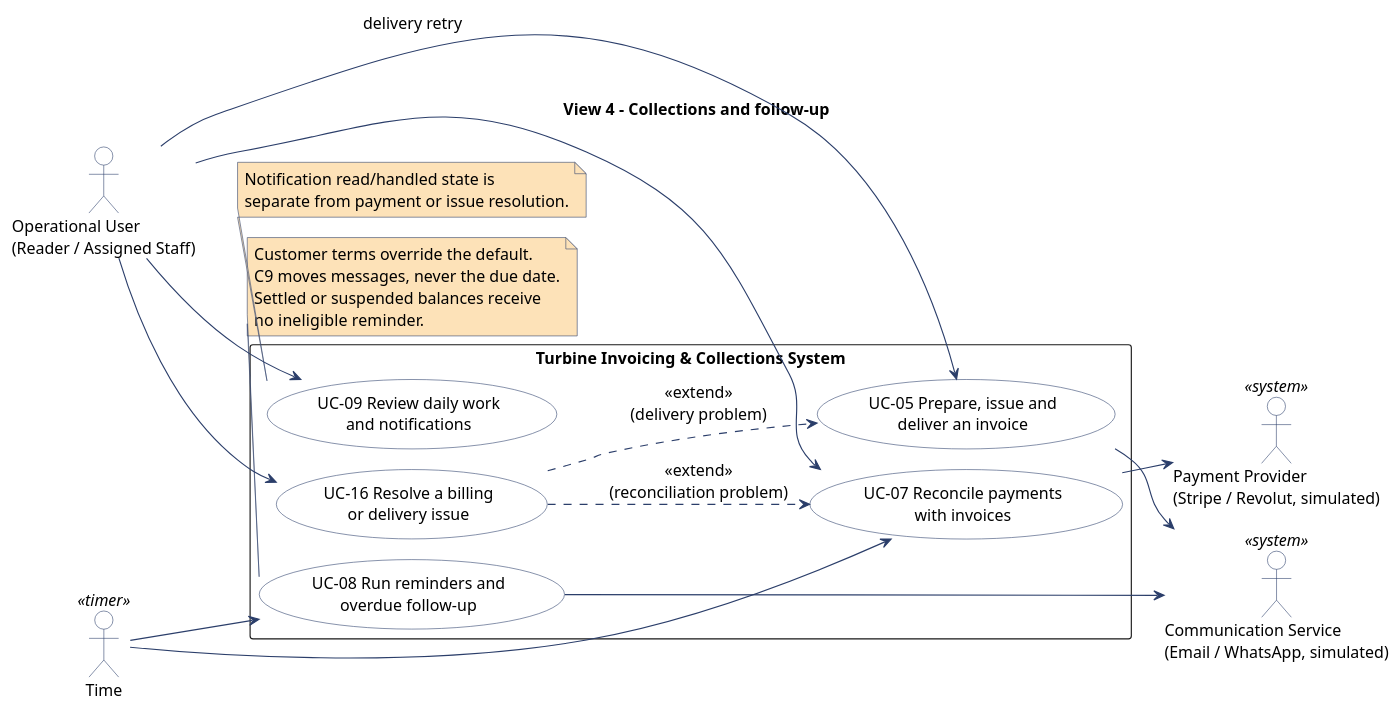
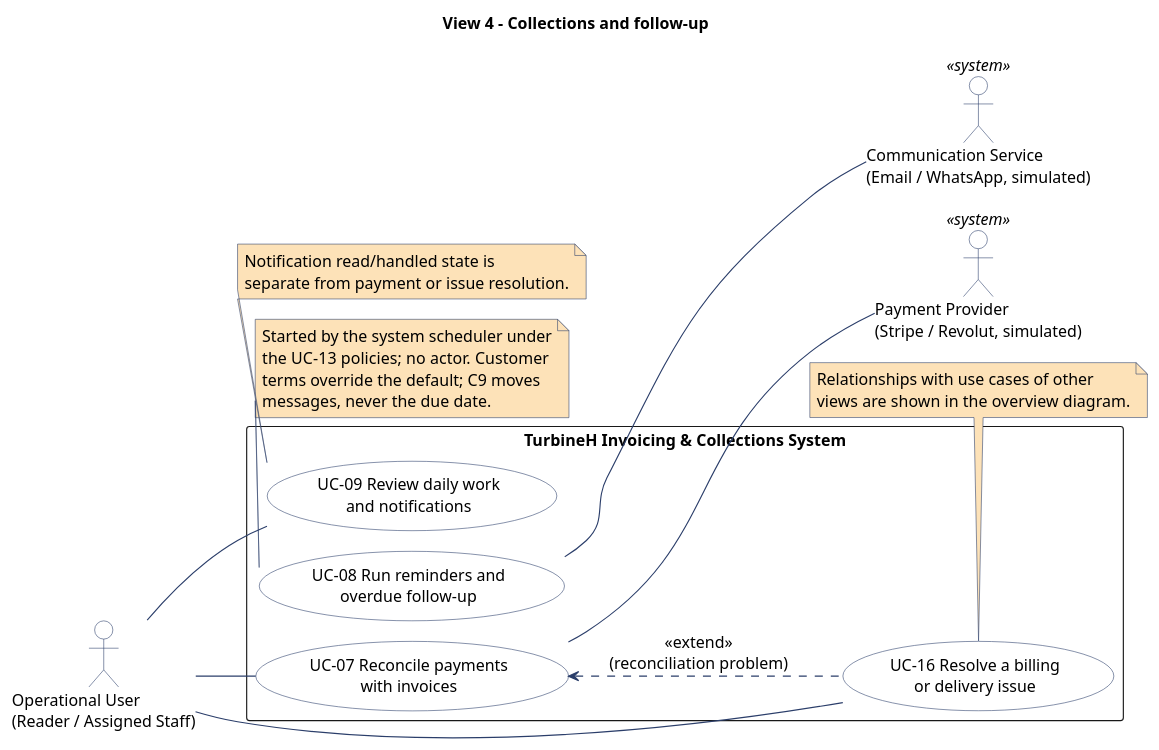
Before and after one commit to atrevete-adap/adap-project: the fifth of 5 diagrams in doc/src/use-case-diagram.pu, drawn with PlantUML. The commit also changed other lines of this file and 7 other files, not shown here.

First line of the commit message:
docs: fix use case diagram notation, add overview, remove Time actor (#33, #34, #35)

```diff
--- a/doc/src/use-case-diagram.pu
+++ b/doc/src/use-case-diagram.pu
@@ -209,65 +293,63 @@
 @startuml use-case-diagram-4-collections
 !pragma layout smetana
 left to right direction
 skinparam shadowing false
 skinparam packageStyle rectangle
 skinparam defaultFontName SansSerif
 skinparam defaultFontSize 14
 skinparam backgroundColor #FFFFFF
 skinparam usecase {
   BackgroundColor #FFFFFF
   BorderColor #2B3E6A
   FontColor #000000
 }
 skinparam actor {
   BackgroundColor #FFFFFF
   BorderColor #2B3E6A
   FontColor #000000
 }
 skinparam note {
   BackgroundColor #FDE2B8
   BorderColor #2B3E6A
 }
 skinparam arrow {
   Color #2B3E6A
 }
 title View 4 - Collections and follow-up
 
 actor "Operational User\n(Reader / Assigned Staff)" as OpUser
-actor "Time" as Time <<timer>>
 actor "Payment Provider\n(Stripe / Revolut, simulated)" as PayProv <<system>>
 actor "Communication Service\n(Email / WhatsApp, simulated)" as CommSrv <<system>>
 
-rectangle "Turbine Invoicing & Collections System" {
-  usecase "UC-05 Prepare, issue and\ndeliver an invoice" as UC05
+rectangle "TurbineH Invoicing & Collections System" {
   usecase "UC-07 Reconcile payments\nwith invoices" as UC07
   usecase "UC-08 Run reminders and\noverdue follow-up" as UC08
   usecase "UC-09 Review daily work\nand notifications" as UC09
   usecase "UC-16 Resolve a billing\nor delivery issue" as UC16
 }
 
-OpUser --> UC05 : delivery retry
-OpUser --> UC07
-OpUser --> UC09
-OpUser --> UC16
-Time --> UC07
-Time --> UC08
-UC05 --> CommSrv
-UC08 --> CommSrv
-UC07 --> PayProv
-UC16 ..> UC05 : <<extend>>\n(delivery problem)
-UC16 ..> UC07 : <<extend>>\n(reconciliation problem)
+OpUser -- UC07
+OpUser -- UC09
+OpUser -- UC16
+UC08 -- CommSrv
+UC07 -- PayProv
+UC07 <.. UC16 : <<extend>>\n(reconciliation problem)
 
 note bottom of UC08
-  Customer terms override the default.
-  C9 moves messages, never the due date.
-  Settled or suspended balances receive
-  no ineligible reminder.
+  Started by the system scheduler under
+  the UC-13 policies; no actor. Customer
+  terms override the default; C9 moves
+  messages, never the due date.
 end note
 
 note bottom of UC09
   Notification read/handled state is
   separate from payment or issue resolution.
 end note
 
+note bottom of UC16
+  Relationships with use cases of other
+  views are shown in the overview diagram.
+end note
+
 @enduml
```
